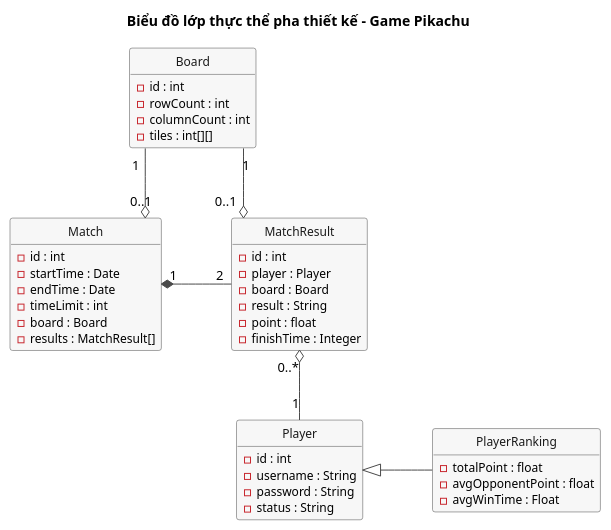
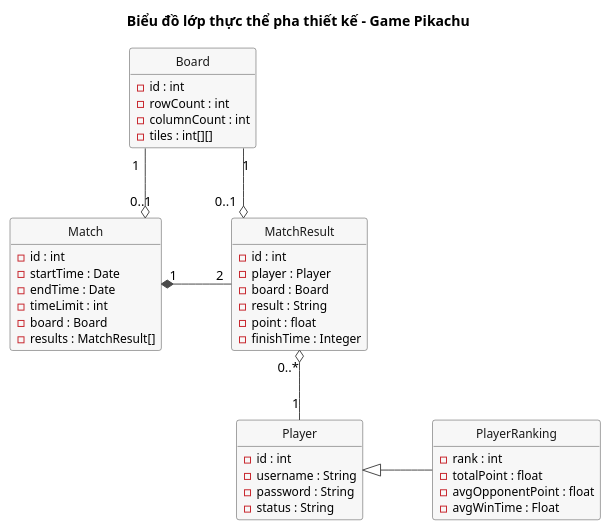
The diagram in docs/uml/pha3/class-design-entity.puml (VattenL/mobile-pikachu), drawn with PlantUML before and after one commit. The commit also changed 73 other files, not shown here.

```diff
--- a/docs/uml/pha3/class-design-entity.puml
+++ b/docs/uml/pha3/class-design-entity.puml
@@ -1,62 +1,63 @@
 @startuml class-design-entity
 title Biểu đồ lớp thực thể pha thiết kế - Game Pikachu
 
 hide circle
 hide methods
 skinparam shadowing false
 skinparam linetype ortho
 skinparam nodesep 70
 skinparam ranksep 70
 skinparam classFontSize 14
 skinparam classAttributeFontSize 12
 skinparam class {
   BackgroundColor #F7F7F7
   BorderColor #4A4A4A
   ArrowColor #4A4A4A
   FontColor #1A1A1A
 }
 
 class Player {
   - id : int
   - username : String
   - password : String
   - status : String
 }
 
 class PlayerRanking {
+  - rank : int
   - totalPoint : float
   - avgOpponentPoint : float
   - avgWinTime : Float
 }
 
 class Match {
   - id : int
   - startTime : Date
   - endTime : Date
   - timeLimit : int
   - board : Board
   - results : MatchResult[]
 }
 
 class MatchResult {
   - id : int
   - player : Player
   - board : Board
   - result : String
   - point : float
   - finishTime : Integer
 }
 
 class Board {
   - id : int
   - rowCount : int
   - columnCount : int
   - tiles : int[][]
 }
 
 Board "1" -down-o "0..1" Match
 Board "1" -right-o "0..1" MatchResult
 Match "1" *-right- "2" MatchResult
 Player "1" -up-o "0..*" MatchResult
 PlayerRanking -left-|> Player
 @enduml
```
